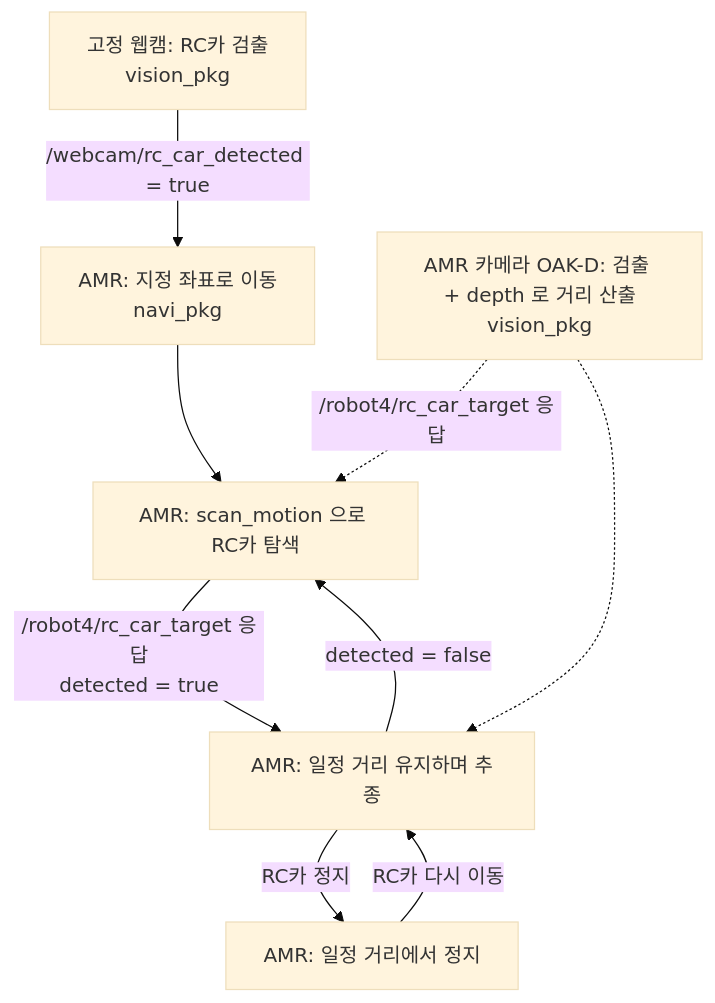
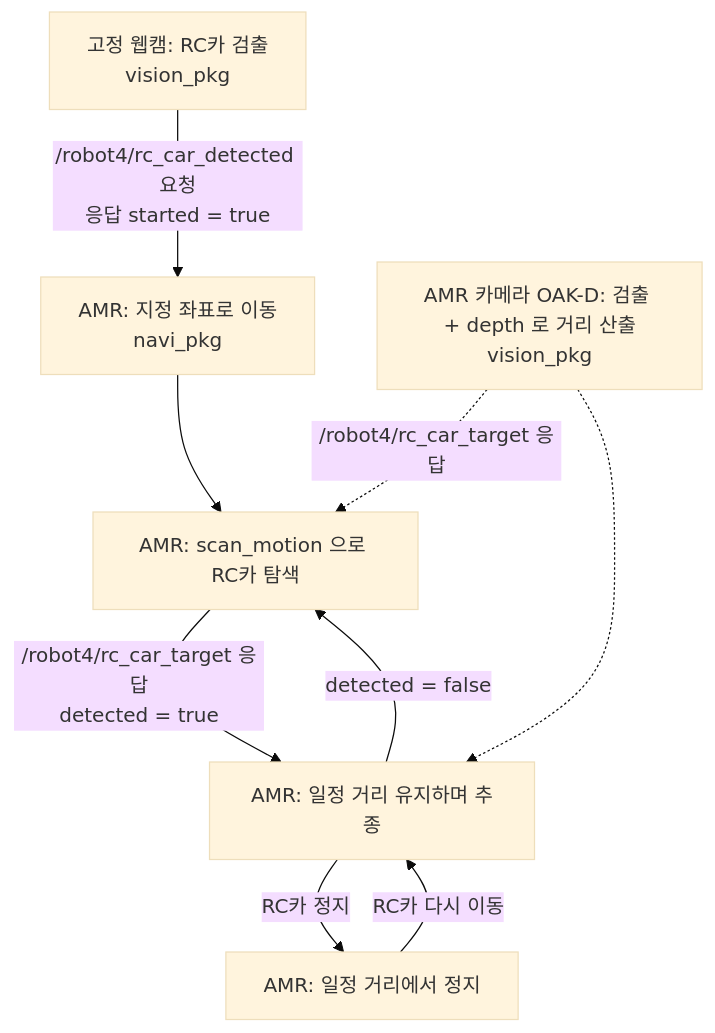
The diagram in docs/interfaces.md (lhm3185/b-1_mini_project), drawn with Mermaid (base theme) before and after one commit. The commit also changed other lines of this file and 3 other files, not shown here.

````diff
--- a/docs/interfaces.md
+++ b/docs/interfaces.md
@@ -8,11 +8,11 @@
 ```mermaid
 flowchart TD
-    A[고정 웹캠: RC카 검출<br/>vision_pkg] -->|/webcam/rc_car_detected = true| B[AMR: 지정 좌표로 이동<br/>navi_pkg]
+    A[고정 웹캠: RC카 검출<br/>vision_pkg] -->|/robot4/rc_car_detected 요청<br/>응답 started = true| B[AMR: 지정 좌표로 이동<br/>navi_pkg]
     B --> C[AMR: scan_motion 으로 RC카 탐색]
     C -->|/robot4/rc_car_target 응답<br/>detected = true| D[AMR: 일정 거리 유지하며 추종]
     D -->|RC카 정지| E[AMR: 일정 거리에서 정지]
     E -->|RC카 다시 이동| D
     D -->|detected = false| C
     F[AMR 카메라 OAK-D: 검출 + depth 로 거리 산출<br/>vision_pkg] -.->|/robot4/rc_car_target 응답| C
     F -.-> D
 ```
````
